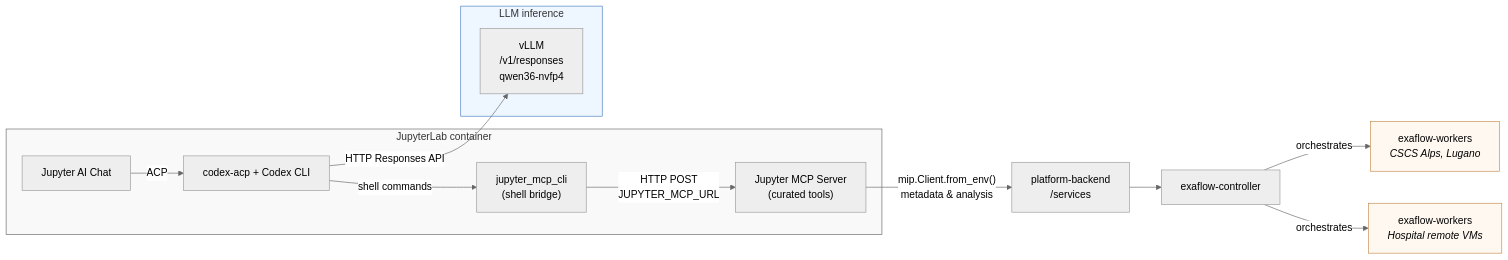
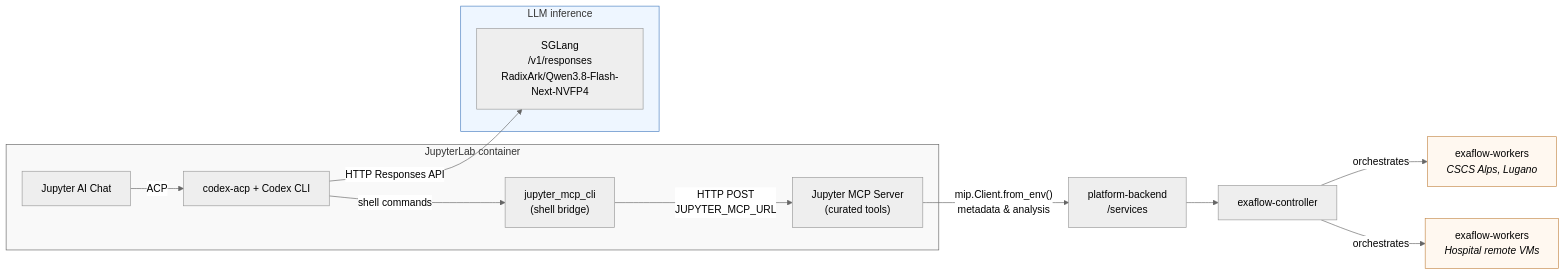
One commit to madgik/mip-jupyter changed the diagram in docs/jupyter-ai-architecture.md. Above: the diagram before and after it, drawn with Mermaid (neutral theme). The commit also changed other lines of this file and 12 other files, not shown here.

````diff
--- a/docs/jupyter-ai-architecture.md
+++ b/docs/jupyter-ai-architecture.md
@@ -8,33 +8,33 @@
 ```mermaid
 flowchart LR
     subgraph JL["JupyterLab container"]
         Chat["Jupyter AI Chat"]
         MCP["Jupyter MCP Server<br/>(curated tools)"]
         Codex["codex-acp + Codex CLI"]
         CLI["jupyter_mcp_cli<br/>(shell bridge)"]
 
         Chat -->|"ACP"| Codex
         Codex -->|"shell commands"| CLI
         CLI -->|"HTTP POST<br/>JUPYTER_MCP_URL"| MCP
     end
 
     Backend["platform-backend<br/>/services"]
     Controller["exaflow-controller"]
     CSCSW["exaflow-workers<br/><i>CSCS Alps, Lugano</i>"]
     HW["exaflow-workers<br/><i>Hospital remote VMs</i>"]
 
     subgraph LLM["LLM inference"]
-        VLLM["vLLM<br/>/v1/responses<br/>qwen36-nvfp4"]
+        VLLM["SGLang<br/>/v1/responses<br/>RadixArk/Qwen3.8-Flash-Next-NVFP4"]
     end
 
     MCP -->|"mip.Client.from_env()<br/>metadata & analysis"| Backend
     Backend --> Controller
     Controller -->|"orchestrates"| CSCSW
     Controller -->|"orchestrates"| HW
     Codex -->|"HTTP Responses API"| VLLM
 
     style JL fill:#f9f9f9,stroke:#666
     style LLM fill:#eef6ff,stroke:#4a7fc1
     style CSCSW fill:#fff8f0,stroke:#c48a4a
     style HW fill:#fff8f0,stroke:#c48a4a
 ```
````
